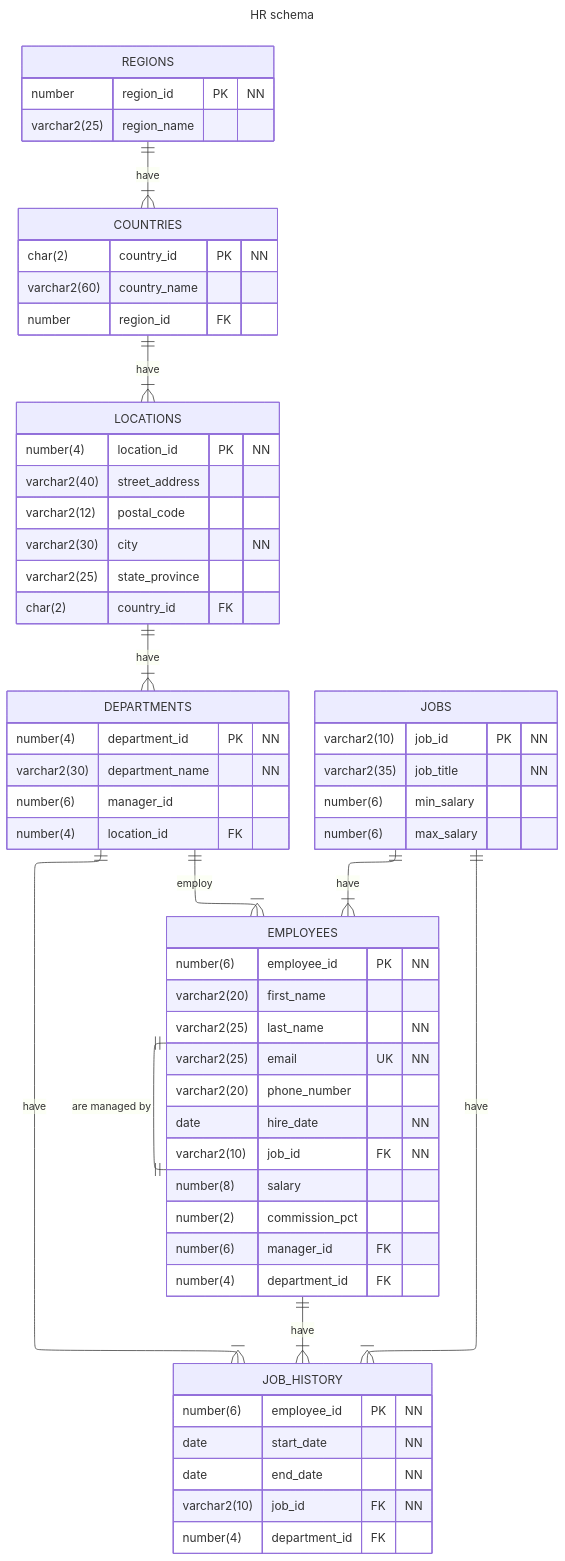
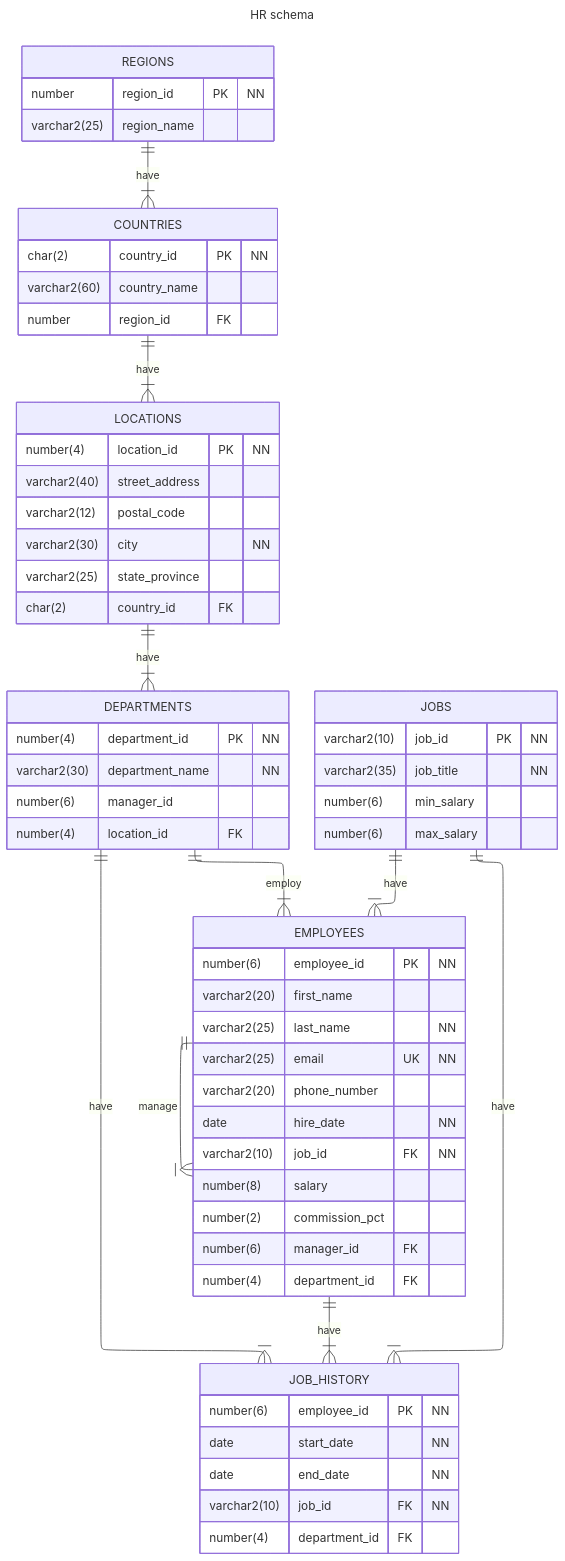
The diagram in human_resources/README.md (BandeeF/db-sample-schemas), drawn with Mermaid before and after one commit.

Commit message:
Update README.md (#33)

````diff
--- a/human_resources/README.md
+++ b/human_resources/README.md
@@ -137,74 +137,74 @@
 ```mermaid
 ---
 title: HR schema
 config:
   layout: elk
 ---
 erDiagram
   REGIONS     ||--|{ COUNTRIES   : have
   COUNTRIES   ||--|{ LOCATIONS   : have
   LOCATIONS   ||--|{ DEPARTMENTS : have
   DEPARTMENTS ||--|{ EMPLOYEES   : employ
   DEPARTMENTS ||--|{ JOB_HISTORY : have
   EMPLOYEES   ||--|{ JOB_HISTORY : have
-  EMPLOYEES   ||--|| EMPLOYEES   : "are managed by"
+  EMPLOYEES   ||--|{ EMPLOYEES   : manage
   JOBS        ||--|{ JOB_HISTORY : have
   JOBS        ||--|{ EMPLOYEES   : have
 
   COUNTRIES {
     char(2)      country_id    PK "NN"
     varchar2(60) country_name
     number       region_id     FK
   }
 
   DEPARTMENTS {
     number(4)    department_id   PK "NN"
     varchar2(30) department_name    "NN"
     number(6)    manager_id
     number(4)    location_id     FK
   }
 
   EMPLOYEES {
     number(6)    employee_id    PK "NN"
     varchar2(20) first_name
     varchar2(25) last_name          "NN"
     varchar2(25) email          UK "NN"
     varchar2(20) phone_number
     date         hire_date          "NN"
     varchar2(10) job_id         FK  "NN"
     number(8)    salary
     number(2)    commission_pct
     number(6)    manager_id     FK
     number(4)    department_id  FK
   }
 
   JOBS {
     varchar2(10) job_id     PK "NN"
     varchar2(35) job_title     "NN"
     number(6)    min_salary
     number(6)    max_salary
   }
 
   JOB_HISTORY {
     number(6)    employee_id   PK "NN"
     date         start_date       "NN"
     date         end_date         "NN"
     varchar2(10) job_id        FK "NN"
     number(4)    department_id FK
   }
 
   LOCATIONS {
     number(4)    location_id    PK "NN"
     varchar2(40) street_address
     varchar2(12) postal_code
     varchar2(30) city              "NN"
     varchar2(25) state_province
     char(2)      country_id     FK
   }
 
    REGIONS {
     number       region_id   PK "NN"
     varchar2(25) region_name
 
    }
 ```
````
